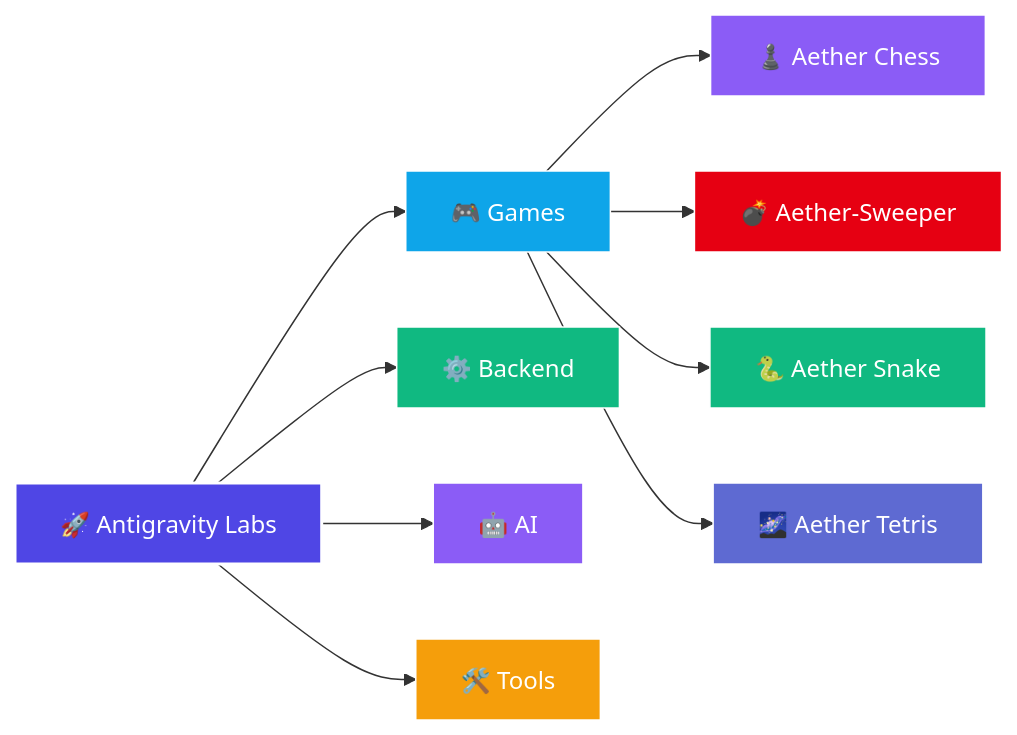
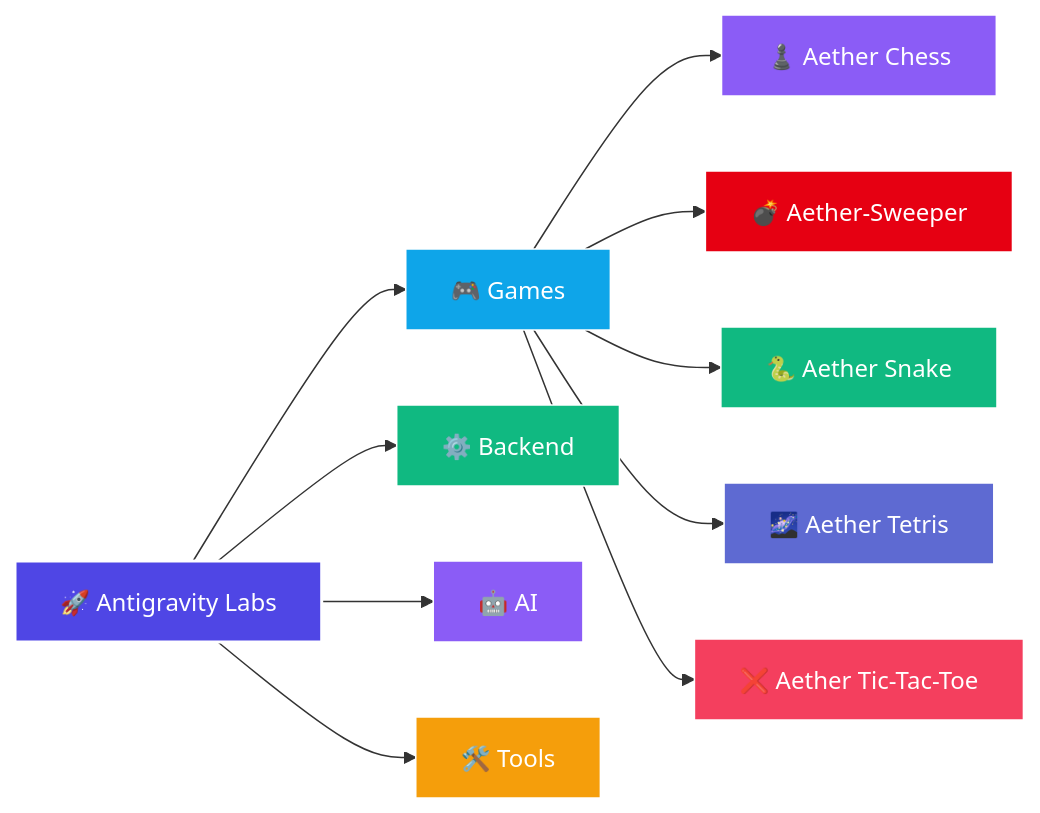
Before and after one commit to Leturnos/antigravity-labs: the diagram in README.md, drawn with Mermaid. The commit also changed other lines of this file and 10 other files, not shown here.

First line of the commit message:
feat(tictactoe): implement Aether Tic-Tac-Toe with Minimax AI and dashboard integration

````diff
--- a/README.md
+++ b/README.md
@@ -27,24 +27,26 @@
 ```mermaid
 flowchart LR
     Root["🚀 Antigravity Labs"]
 
     Root --> Games["🎮 Games"]
     Root --> Backend["⚙️ Backend"]
     Root --> AI["🤖 AI"]
     Root --> Tools["🛠️ Tools"]
 
     Games --> Chess["♟️ Aether Chess"]
     Games --> Sweeper["💣 Aether-Sweeper"]
     Games --> Snake["🐍 Aether Snake"]
     Games --> Tetris["🌌 Aether Tetris"]
+    Games --> TicTacToe["❌ Aether Tic-Tac-Toe"]
 
     style Root fill:#4f46e5,stroke:#fff,stroke-width:2px,color:#fff
     style Games fill:#0ea5e9,stroke:#fff,stroke-width:1px,color:#fff
     style Backend fill:#10b981,stroke:#fff,stroke-width:1px,color:#fff
     style AI fill:#8b5cf6,stroke:#fff,stroke-width:1px,color:#fff
     style Tools fill:#f59e0b,stroke:#fff,stroke-width:1px,color:#fff
     style Chess fill:#8b5cf6,stroke:#fff,stroke-width:1px,color:#fff
     style Sweeper fill:#e60012,stroke:#fff,stroke-width:1px,color:#fff
     style Snake fill:#10b981,stroke:#fff,stroke-width:1px,color:#fff
     style Tetris fill:#5e6ad2,stroke:#fff,stroke-width:1px,color:#fff
+    style TicTacToe fill:#f43f5e,stroke:#fff,stroke-width:1px,color:#fff
 ```
````
